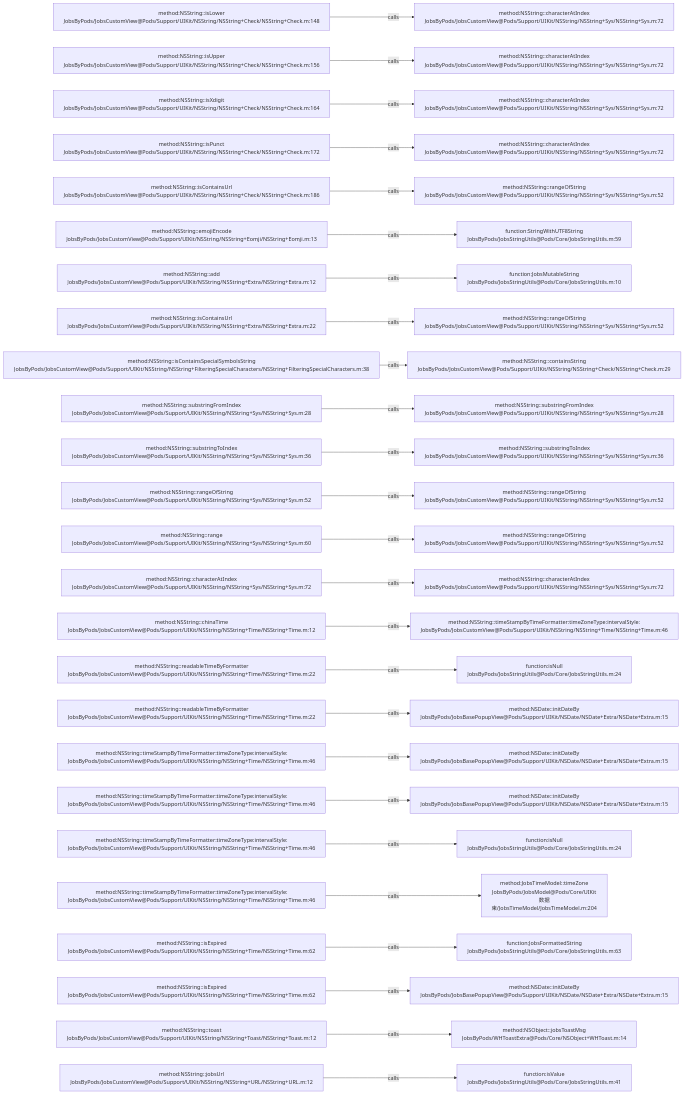
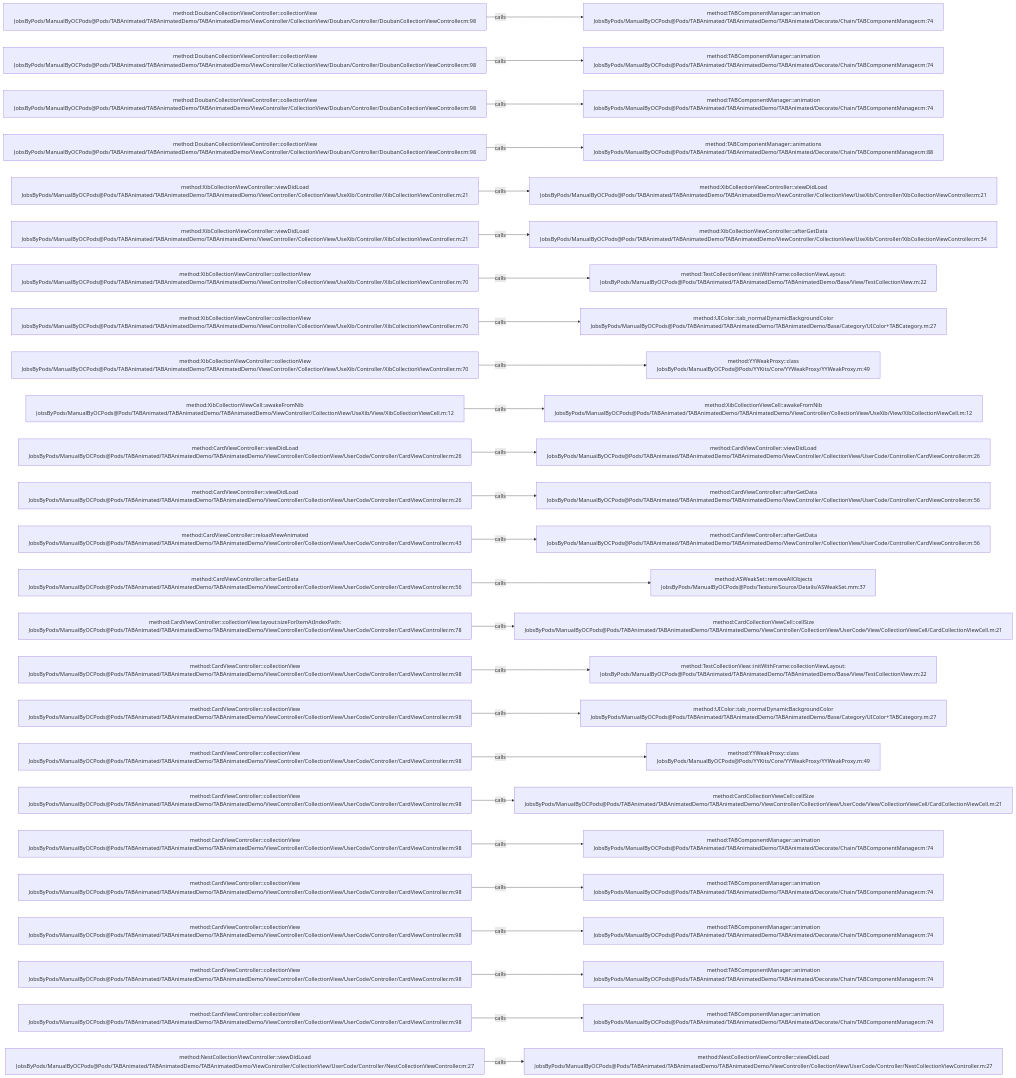
The diagram in .codegraph/codegraph.md/graphs/calls-057.md (JobsKits/JobsOCBaseConfigDemo), drawn with Mermaid before and after one commit. The commit also changed 2162 other files, not shown here.

````diff
--- a/.codegraph/codegraph.md/graphs/calls-057.md
+++ b/.codegraph/codegraph.md/graphs/calls-057.md
@@ -13,78 +13,78 @@
 ```mermaid
 flowchart LR
-  S1["method:NSString::isLower<br/>JobsByPods/JobsCustomView@Pods/Support/UIKit/NSString/NSString+Check/NSString+Check.m:148"]
-  T1["method:NSString::characterAtIndex<br/>JobsByPods/JobsCustomView@Pods/Support/UIKit/NSString/NSString+Sys/NSString+Sys.m:72"]
+  S1["method:DoubanCollectionViewController::collectionView<br/>JobsByPods/ManualByOCPods@Pods/TABAnimated/TABAnimatedDemo/TABAnimatedDemo/ViewController/CollectionView/Douban/Controller/DoubanCollectionViewController.m:98"]
+  T1["method:TABComponentManager::animation<br/>JobsByPods/ManualByOCPods@Pods/TABAnimated/TABAnimatedDemo/TABAnimated/Decorate/Chain/TABComponentManager.m:74"]
   S1 -->|calls| T1
-  S2["method:NSString::isUpper<br/>JobsByPods/JobsCustomView@Pods/Support/UIKit/NSString/NSString+Check/NSString+Check.m:156"]
-  T2["method:NSString::characterAtIndex<br/>JobsByPods/JobsCustomView@Pods/Support/UIKit/NSString/NSString+Sys/NSString+Sys.m:72"]
+  S2["method:DoubanCollectionViewController::collectionView<br/>JobsByPods/ManualByOCPods@Pods/TABAnimated/TABAnimatedDemo/TABAnimatedDemo/ViewController/CollectionView/Douban/Controller/DoubanCollectionViewController.m:98"]
+  T2["method:TABComponentManager::animation<br/>JobsByPods/ManualByOCPods@Pods/TABAnimated/TABAnimatedDemo/TABAnimated/Decorate/Chain/TABComponentManager.m:74"]
   S2 -->|calls| T2
-  S3["method:NSString::isXdigit<br/>JobsByPods/JobsCustomView@Pods/Support/UIKit/NSString/NSString+Check/NSString+Check.m:164"]
-  T3["method:NSString::characterAtIndex<br/>JobsByPods/JobsCustomView@Pods/Support/UIKit/NSString/NSString+Sys/NSString+Sys.m:72"]
+  S3["method:DoubanCollectionViewController::collectionView<br/>JobsByPods/ManualByOCPods@Pods/TABAnimated/TABAnimatedDemo/TABAnimatedDemo/ViewController/CollectionView/Douban/Controller/DoubanCollectionViewController.m:98"]
+  T3["method:TABComponentManager::animation<br/>JobsByPods/ManualByOCPods@Pods/TABAnimated/TABAnimatedDemo/TABAnimated/Decorate/Chain/TABComponentManager.m:74"]
   S3 -->|calls| T3
-  S4["method:NSString::isPunct<br/>JobsByPods/JobsCustomView@Pods/Support/UIKit/NSString/NSString+Check/NSString+Check.m:172"]
-  T4["method:NSString::characterAtIndex<br/>JobsByPods/JobsCustomView@Pods/Support/UIKit/NSString/NSString+Sys/NSString+Sys.m:72"]
+  S4["method:DoubanCollectionViewController::collectionView<br/>JobsByPods/ManualByOCPods@Pods/TABAnimated/TABAnimatedDemo/TABAnimatedDemo/ViewController/CollectionView/Douban/Controller/DoubanCollectionViewController.m:98"]
+  T4["method:TABComponentManager::animations<br/>JobsByPods/ManualByOCPods@Pods/TABAnimated/TABAnimatedDemo/TABAnimated/Decorate/Chain/TABComponentManager.m:88"]
   S4 -->|calls| T4
-  S5["method:NSString::isContainsUrl<br/>JobsByPods/JobsCustomView@Pods/Support/UIKit/NSString/NSString+Check/NSString+Check.m:186"]
-  T5["method:NSString::rangeOfString<br/>JobsByPods/JobsCustomView@Pods/Support/UIKit/NSString/NSString+Sys/NSString+Sys.m:52"]
+  S5["method:XibCollectionViewController::viewDidLoad<br/>JobsByPods/ManualByOCPods@Pods/TABAnimated/TABAnimatedDemo/TABAnimatedDemo/ViewController/CollectionView/UseXib/Controller/XibCollectionViewController.m:21"]
+  T5["method:XibCollectionViewController::viewDidLoad<br/>JobsByPods/ManualByOCPods@Pods/TABAnimated/TABAnimatedDemo/TABAnimatedDemo/ViewController/CollectionView/UseXib/Controller/XibCollectionViewController.m:21"]
   S5 -->|calls| T5
-  S6["method:NSString::emojiEncode<br/>JobsByPods/JobsCustomView@Pods/Support/UIKit/NSString/NSString+Eomji/NSString+Eomji.m:13"]
-  T6["function:StringWithUTF8String<br/>JobsByPods/JobsStringUtils@Pods/Core/JobsStringUtils.m:59"]
+  S6["method:XibCollectionViewController::viewDidLoad<br/>JobsByPods/ManualByOCPods@Pods/TABAnimated/TABAnimatedDemo/TABAnimatedDemo/ViewController/CollectionView/UseXib/Controller/XibCollectionViewController.m:21"]
+  T6["method:XibCollectionViewController::afterGetData<br/>JobsByPods/ManualByOCPods@Pods/TABAnimated/TABAnimatedDemo/TABAnimatedDemo/ViewController/CollectionView/UseXib/Controller/XibCollectionViewController.m:34"]
   S6 -->|calls| T6
-  S7["method:NSString::add<br/>JobsByPods/JobsCustomView@Pods/Support/UIKit/NSString/NSString+Extra/NSString+Extra.m:12"]
-  T7["function:JobsMutableString<br/>JobsByPods/JobsStringUtils@Pods/Core/JobsStringUtils.m:10"]
+  S7["method:XibCollectionViewController::collectionView<br/>JobsByPods/ManualByOCPods@Pods/TABAnimated/TABAnimatedDemo/TABAnimatedDemo/ViewController/CollectionView/UseXib/Controller/XibCollectionViewController.m:70"]
+  T7["method:TestCollectionView::initWithFrame:collectionViewLayout:<br/>JobsByPods/ManualByOCPods@Pods/TABAnimated/TABAnimatedDemo/TABAnimatedDemo/Base/View/TestCollectionView.m:22"]
   S7 -->|calls| T7
-  S8["method:NSString::isContainsUrl<br/>JobsByPods/JobsCustomView@Pods/Support/UIKit/NSString/NSString+Extra/NSString+Extra.m:22"]
-  T8["method:NSString::rangeOfString<br/>JobsByPods/JobsCustomView@Pods/Support/UIKit/NSString/NSString+Sys/NSString+Sys.m:52"]
+  S8["method:XibCollectionViewController::collectionView<br/>JobsByPods/ManualByOCPods@Pods/TABAnimated/TABAnimatedDemo/TABAnimatedDemo/ViewController/CollectionView/UseXib/Controller/XibCollectionViewController.m:70"]
+  T8["method:UIColor::tab_normalDynamicBackgroundColor<br/>JobsByPods/ManualByOCPods@Pods/TABAnimated/TABAnimatedDemo/TABAnimatedDemo/Base/Category/UIColor+TABCategory.m:27"]
   S8 -->|calls| T8
-  S9["method:NSString::isContainsSpecialSymbolsString<br/>JobsByPods/JobsCustomView@Pods/Support/UIKit/NSString/NSString+FilteringSpecialCharacters/NSString+FilteringSpecialCharacters.m:38"]
-  T9["method:NSString::containsString<br/>JobsByPods/JobsCustomView@Pods/Support/UIKit/NSString/NSString+Check/NSString+Check.m:29"]
+  S9["method:XibCollectionViewController::collectionView<br/>JobsByPods/ManualByOCPods@Pods/TABAnimated/TABAnimatedDemo/TABAnimatedDemo/ViewController/CollectionView/UseXib/Controller/XibCollectionViewController.m:70"]
+  T9["method:YYWeakProxy::class<br/>JobsByPods/ManualByOCPods@Pods/YYKits/Core/YYWeakProxy/YYWeakProxy.m:49"]
   S9 -->|calls| T9
-  S10["method:NSString::substringFromIndex<br/>JobsByPods/JobsCustomView@Pods/Support/UIKit/NSString/NSString+Sys/NSString+Sys.m:28"]
-  T10["method:NSString::substringFromIndex<br/>JobsByPods/JobsCustomView@Pods/Support/UIKit/NSString/NSString+Sys/NSString+Sys.m:28"]
+  S10["method:XibCollectionViewCell::awakeFromNib<br/>JobsByPods/ManualByOCPods@Pods/TABAnimated/TABAnimatedDemo/TABAnimatedDemo/ViewController/CollectionView/UseXib/View/XibCollectionViewCell.m:12"]
+  T10["method:XibCollectionViewCell::awakeFromNib<br/>JobsByPods/ManualByOCPods@Pods/TABAnimated/TABAnimatedDemo/TABAnimatedDemo/ViewController/CollectionView/UseXib/View/XibCollectionViewCell.m:12"]
   S10 -->|calls| T10
-  S11["method:NSString::substringToIndex<br/>JobsByPods/JobsCustomView@Pods/Support/UIKit/NSString/NSString+Sys/NSString+Sys.m:36"]
-  T11["method:NSString::substringToIndex<br/>JobsByPods/JobsCustomView@Pods/Support/UIKit/NSString/NSString+Sys/NSString+Sys.m:36"]
+  S11["method:CardViewController::viewDidLoad<br/>JobsByPods/ManualByOCPods@Pods/TABAnimated/TABAnimatedDemo/TABAnimatedDemo/ViewController/CollectionView/UserCode/Controller/CardViewController.m:26"]
+  T11["method:CardViewController::viewDidLoad<br/>JobsByPods/ManualByOCPods@Pods/TABAnimated/TABAnimatedDemo/TABAnimatedDemo/ViewController/CollectionView/UserCode/Controller/CardViewController.m:26"]
   S11 -->|calls| T11
-  S12["method:NSString::rangeOfString<br/>JobsByPods/JobsCustomView@Pods/Support/UIKit/NSString/NSString+Sys/NSString+Sys.m:52"]
-  T12["method:NSString::rangeOfString<br/>JobsByPods/JobsCustomView@Pods/Support/UIKit/NSString/NSString+Sys/NSString+Sys.m:52"]
+  S12["method:CardViewController::viewDidLoad<br/>JobsByPods/ManualByOCPods@Pods/TABAnimated/TABAnimatedDemo/TABAnimatedDemo/ViewController/CollectionView/UserCode/Controller/CardViewController.m:26"]
+  T12["method:CardViewController::afterGetData<br/>JobsByPods/ManualByOCPods@Pods/TABAnimated/TABAnimatedDemo/TABAnimatedDemo/ViewController/CollectionView/UserCode/Controller/CardViewController.m:56"]
   S12 -->|calls| T12
-  S13["method:NSString::range<br/>JobsByPods/JobsCustomView@Pods/Support/UIKit/NSString/NSString+Sys/NSString+Sys.m:60"]
-  T13["method:NSString::rangeOfString<br/>JobsByPods/JobsCustomView@Pods/Support/UIKit/NSString/NSString+Sys/NSString+Sys.m:52"]
+  S13["method:CardViewController::reloadViewAnimated<br/>JobsByPods/ManualByOCPods@Pods/TABAnimated/TABAnimatedDemo/TABAnimatedDemo/ViewController/CollectionView/UserCode/Controller/CardViewController.m:43"]
+  T13["method:CardViewController::afterGetData<br/>JobsByPods/ManualByOCPods@Pods/TABAnimated/TABAnimatedDemo/TABAnimatedDemo/ViewController/CollectionView/UserCode/Controller/CardViewController.m:56"]
   S13 -->|calls| T13
-  S14["method:NSString::characterAtIndex<br/>JobsByPods/JobsCustomView@Pods/Support/UIKit/NSString/NSString+Sys/NSString+Sys.m:72"]
-  T14["method:NSString::characterAtIndex<br/>JobsByPods/JobsCustomView@Pods/Support/UIKit/NSString/NSString+Sys/NSString+Sys.m:72"]
+  S14["method:CardViewController::afterGetData<br/>JobsByPods/ManualByOCPods@Pods/TABAnimated/TABAnimatedDemo/TABAnimatedDemo/ViewController/CollectionView/UserCode/Controller/CardViewController.m:56"]
+  T14["method:ASWeakSet::removeAllObjects<br/>JobsByPods/ManualByOCPods@Pods/Texture/Source/Details/ASWeakSet.mm:37"]
   S14 -->|calls| T14
-  S15["method:NSString::chinaTime<br/>JobsByPods/JobsCustomView@Pods/Support/UIKit/NSString/NSString+Time/NSString+Time.m:12"]
-  T15["method:NSString::timeStampByTimeFormatter:timeZoneType:intervalStyle:<br/>JobsByPods/JobsCustomView@Pods/Support/UIKit/NSString/NSString+Time/NSString+Time.m:46"]
+  S15["method:CardViewController::collectionView:layout:sizeForItemAtIndexPath:<br/>JobsByPods/ManualByOCPods@Pods/TABAnimated/TABAnimatedDemo/TABAnimatedDemo/ViewController/CollectionView/UserCode/Controller/CardViewController.m:78"]
+  T15["method:CardCollectionViewCell::cellSize<br/>JobsByPods/ManualByOCPods@Pods/TABAnimated/TABAnimatedDemo/TABAnimatedDemo/ViewController/CollectionView/UserCode/View/CollectionViewCell/CardCollectionViewCell.m:21"]
   S15 -->|calls| T15
-  S16["method:NSString::readableTimeByFormatter<br/>JobsByPods/JobsCustomView@Pods/Support/UIKit/NSString/NSString+Time/NSString+Time.m:22"]
-  T16["function:isNull<br/>JobsByPods/JobsStringUtils@Pods/Core/JobsStringUtils.m:24"]
+  S16["method:CardViewController::collectionView<br/>JobsByPods/ManualByOCPods@Pods/TABAnimated/TABAnimatedDemo/TABAnimatedDemo/ViewController/CollectionView/UserCode/Controller/CardViewController.m:98"]
+  T16["method:TestCollectionView::initWithFrame:collectionViewLayout:<br/>JobsByPods/ManualByOCPods@Pods/TABAnimated/TABAnimatedDemo/TABAnimatedDemo/Base/View/TestCollectionView.m:22"]
   S16 -->|calls| T16
-  S17["method:NSString::readableTimeByFormatter<br/>JobsByPods/JobsCustomView@Pods/Support/UIKit/NSString/NSString+Time/NSString+Time.m:22"]
-  T17["method:NSDate::initDateBy<br/>JobsByPods/JobsBasePopupView@Pods/Support/UIKit/NSDate/NSDate+Extra/NSDate+Extra.m:15"]
+  S17["method:CardViewController::collectionView<br/>JobsByPods/ManualByOCPods@Pods/TABAnimated/TABAnimatedDemo/TABAnimatedDemo/ViewController/CollectionView/UserCode/Controller/CardViewController.m:98"]
+  T17["method:UIColor::tab_normalDynamicBackgroundColor<br/>JobsByPods/ManualByOCPods@Pods/TABAnimated/TABAnimatedDemo/TABAnimatedDemo/Base/Category/UIColor+TABCategory.m:27"]
   S17 -->|calls| T17
-  S18["method:NSString::timeStampByTimeFormatter:timeZoneType:intervalStyle:<br/>JobsByPods/JobsCustomView@Pods/Support/UIKit/NSString/NSString+Time/NSString+Time.m:46"]
-  T18["method:NSDate::initDateBy<br/>JobsByPods/JobsBasePopupView@Pods/Support/UIKit/NSDate/NSDate+Extra/NSDate+Extra.m:15"]
+  S18["method:CardViewController::collectionView<br/>JobsByPods/ManualByOCPods@Pods/TABAnimated/TABAnimatedDemo/TABAnimatedDemo/ViewController/CollectionView/UserCode/Controller/CardViewController.m:98"]
+  T18["method:YYWeakProxy::class<br/>JobsByPods/ManualByOCPods@Pods/YYKits/Core/YYWeakProxy/YYWeakProxy.m:49"]
   S18 -->|calls| T18
-  S19["method:NSString::timeStampByTimeFormatter:timeZoneType:intervalStyle:<br/>JobsByPods/JobsCustomView@Pods/Support/UIKit/NSString/NSString+Time/NSString+Time.m:46"]
-  T19["method:NSDate::initDateBy<br/>JobsByPods/JobsBasePopupView@Pods/Support/UIKit/NSDate/NSDate+Extra/NSDate+Extra.m:15"]
+  S19["method:CardViewController::collectionView<br/>JobsByPods/ManualByOCPods@Pods/TABAnimated/TABAnimatedDemo/TABAnimatedDemo/ViewController/CollectionView/UserCode/Controller/CardViewController.m:98"]
+  T19["method:CardCollectionViewCell::cellSize<br/>JobsByPods/ManualByOCPods@Pods/TABAnimated/TABAnimatedDemo/TABAnimatedDemo/ViewController/CollectionView/UserCode/View/CollectionViewCell/CardCollectionViewCell.m:21"]
   S19 -->|calls| T19
-  S20["method:NSString::timeStampByTimeFormatter:timeZoneType:intervalStyle:<br/>JobsByPods/JobsCustomView@Pods/Support/UIKit/NSString/NSString+Time/NSString+Time.m:46"]
-  T20["function:isNull<br/>JobsByPods/JobsStringUtils@Pods/Core/JobsStringUtils.m:24"]
+  S20["method:CardViewController::collectionView<br/>JobsByPods/ManualByOCPods@Pods/TABAnimated/TABAnimatedDemo/TABAnimatedDemo/ViewController/CollectionView/UserCode/Controller/CardViewController.m:98"]
+  T20["method:TABComponentManager::animation<br/>JobsByPods/ManualByOCPods@Pods/TABAnimated/TABAnimatedDemo/TABAnimated/Decorate/Chain/TABComponentManager.m:74"]
   S20 -->|calls| T20
-  S21["method:NSString::timeStampByTimeFormatter:timeZoneType:intervalStyle:<br/>JobsByPods/JobsCustomView@Pods/Support/UIKit/NSString/NSString+Time/NSString+Time.m:46"]
-  T21["method:JobsTimeModel::timeZone<br/>JobsByPods/JobsModel@Pods/Core/UIKit数据束/JobsTimeModel/JobsTimeModel.m:204"]
+  S21["method:CardViewController::collectionView<br/>JobsByPods/ManualByOCPods@Pods/TABAnimated/TABAnimatedDemo/TABAnimatedDemo/ViewController/CollectionView/UserCode/Controller/CardViewController.m:98"]
+  T21["method:TABComponentManager::animation<br/>JobsByPods/ManualByOCPods@Pods/TABAnimated/TABAnimatedDemo/TABAnimated/Decorate/Chain/TABComponentManager.m:74"]
   S21 -->|calls| T21
-  S22["method:NSString::isExpired<br/>JobsByPods/JobsCustomView@Pods/Support/UIKit/NSString/NSString+Time/NSString+Time.m:62"]
-  T22["function:JobsFormattedString<br/>JobsByPods/JobsStringUtils@Pods/Core/JobsStringUtils.m:63"]
+  S22["method:CardViewController::collectionView<br/>JobsByPods/ManualByOCPods@Pods/TABAnimated/TABAnimatedDemo/TABAnimatedDemo/ViewController/CollectionView/UserCode/Controller/CardViewController.m:98"]
+  T22["method:TABComponentManager::animation<br/>JobsByPods/ManualByOCPods@Pods/TABAnimated/TABAnimatedDemo/TABAnimated/Decorate/Chain/TABComponentManager.m:74"]
   S22 -->|calls| T22
-  S23["method:NSString::isExpired<br/>JobsByPods/JobsCustomView@Pods/Support/UIKit/NSString/NSString+Time/NSString+Time.m:62"]
-  T23["method:NSDate::initDateBy<br/>JobsByPods/JobsBasePopupView@Pods/Support/UIKit/NSDate/NSDate+Extra/NSDate+Extra.m:15"]
+  S23["method:CardViewController::collectionView<br/>JobsByPods/ManualByOCPods@Pods/TABAnimated/TABAnimatedDemo/TABAnimatedDemo/ViewController/CollectionView/UserCode/Controller/CardViewController.m:98"]
+  T23["method:TABComponentManager::animation<br/>JobsByPods/ManualByOCPods@Pods/TABAnimated/TABAnimatedDemo/TABAnimated/Decorate/Chain/TABComponentManager.m:74"]
   S23 -->|calls| T23
-  S24["method:NSString::toast<br/>JobsByPods/JobsCustomView@Pods/Support/UIKit/NSString/NSString+Toast/NSString+Toast.m:12"]
-  T24["method:NSObject::jobsToastMsg<br/>JobsByPods/WHToastExtra@Pods/Core/NSObject+WHToast.m:14"]
+  S24["method:CardViewController::collectionView<br/>JobsByPods/ManualByOCPods@Pods/TABAnimated/TABAnimatedDemo/TABAnimatedDemo/ViewController/CollectionView/UserCode/Controller/CardViewController.m:98"]
+  T24["method:TABComponentManager::animation<br/>JobsByPods/ManualByOCPods@Pods/TABAnimated/TABAnimatedDemo/TABAnimated/Decorate/Chain/TABComponentManager.m:74"]
   S24 -->|calls| T24
-  S25["method:NSString::jobsUrl<br/>JobsByPods/JobsCustomView@Pods/Support/UIKit/NSString/NSString+URL/NSString+URL.m:12"]
-  T25["function:isValue<br/>JobsByPods/JobsStringUtils@Pods/Core/JobsStringUtils.m:41"]
+  S25["method:NestCollectionViewController::viewDidLoad<br/>JobsByPods/ManualByOCPods@Pods/TABAnimated/TABAnimatedDemo/TABAnimatedDemo/ViewController/CollectionView/UserCode/Controller/NestCollectionViewController.m:27"]
+  T25["method:NestCollectionViewController::viewDidLoad<br/>JobsByPods/ManualByOCPods@Pods/TABAnimated/TABAnimatedDemo/TABAnimatedDemo/ViewController/CollectionView/UserCode/Controller/NestCollectionViewController.m:27"]
   S25 -->|calls| T25
 ```
````
